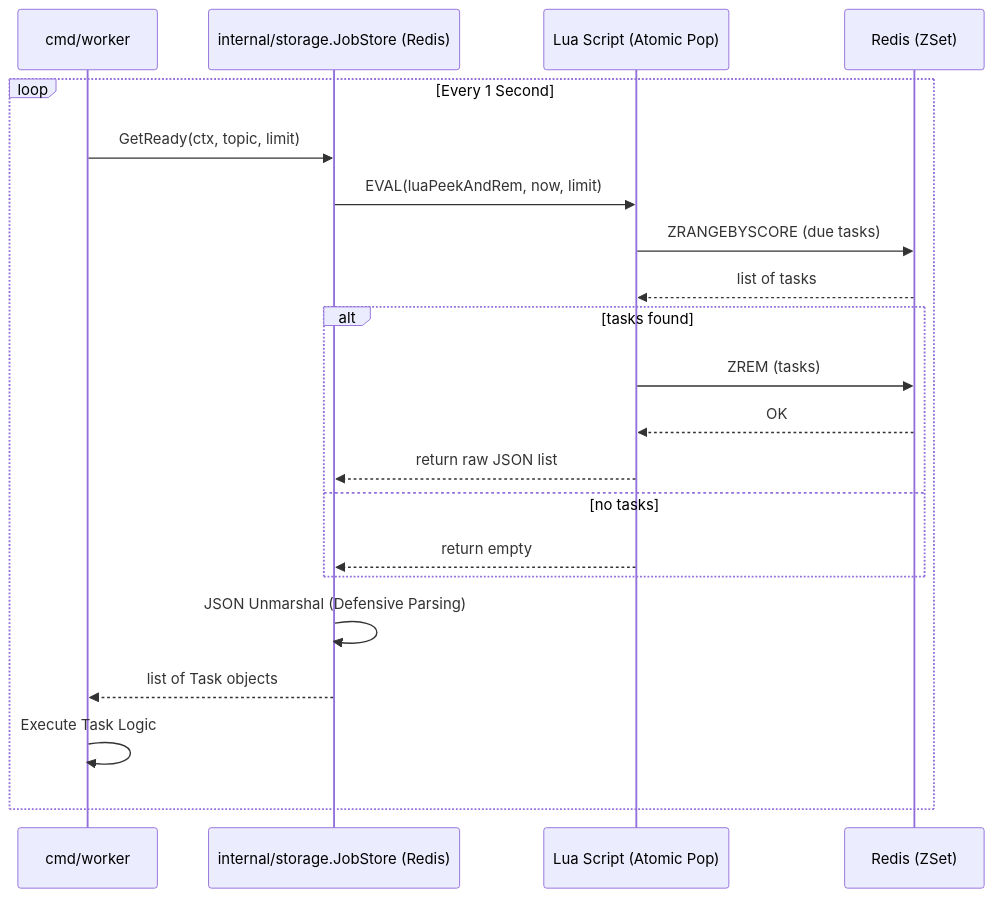
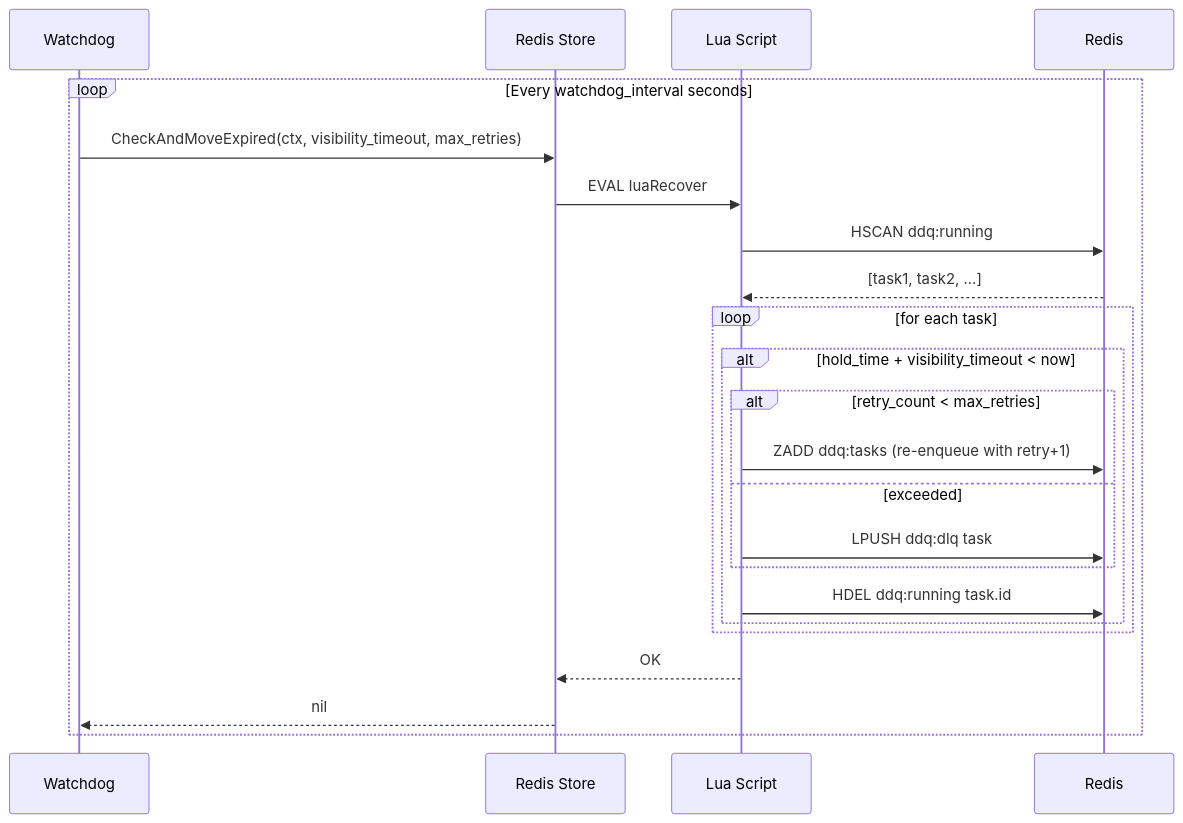
One commit to AkikoAkaki/async-task-platform changed the third of 3 diagrams in docs/ARCHITECTURE.md. Above: the diagram before and after it, drawn with Mermaid. The commit also changed other lines of this file and 11 other files, not shown here.

Commit message:
docs: Add initial API, architecture, and ADR documentation, configure changelog, and update development guidelines and example configuration.

````diff
--- a/docs/ARCHITECTURE.md
+++ b/docs/ARCHITECTURE.md
@@ -52,24 +151,26 @@
 ```mermaid
 sequenceDiagram
-    participant Worker as cmd/worker
-    participant Store as internal/storage.JobStore (Redis)
-    participant Lua as Lua Script (Atomic Pop)
-    participant Redis as Redis (ZSet)
+    participant Watchdog
+    participant Store as Redis Store
+    participant Lua as Lua Script
+    participant Redis
 
-    loop Every 1 Second
-        Worker->>Store: GetReady(ctx, topic, limit)
-        Store->>Lua: EVAL(luaPeekAndRem, now, limit)
-        Lua->>Redis: ZRANGEBYSCORE (due tasks)
-        Redis-->>Lua: list of tasks
-        alt tasks found
-            Lua->>Redis: ZREM (tasks)
-            Redis-->>Lua: OK
-            Lua-->>Store: return raw JSON list
-        else no tasks
-            Lua-->>Store: return empty
+    loop Every watchdog_interval seconds
+        Watchdog->>Store: CheckAndMoveExpired(ctx, visibility_timeout, max_retries)
+        Store->>Lua: EVAL luaRecover
+        Lua->>Redis: HSCAN ddq:running
+        Redis-->>Lua: [task1, task2, ...]
+        loop for each task
+            alt hold_time + visibility_timeout < now
+                alt retry_count < max_retries
+                    Lua->>Redis: ZADD ddq:tasks (re-enqueue with retry+1)
+                else exceeded
+                    Lua->>Redis: LPUSH ddq:dlq task
+                end
+                Lua->>Redis: HDEL ddq:running task.id
+            end
         end
-        Store->>Store: JSON Unmarshal (Defensive Parsing)
-        Store-->>Worker: list of Task objects
-        Worker->>Worker: Execute Task Logic
+        Lua-->>Store: OK
+        Store-->>Watchdog: nil
     end
 ```
````
